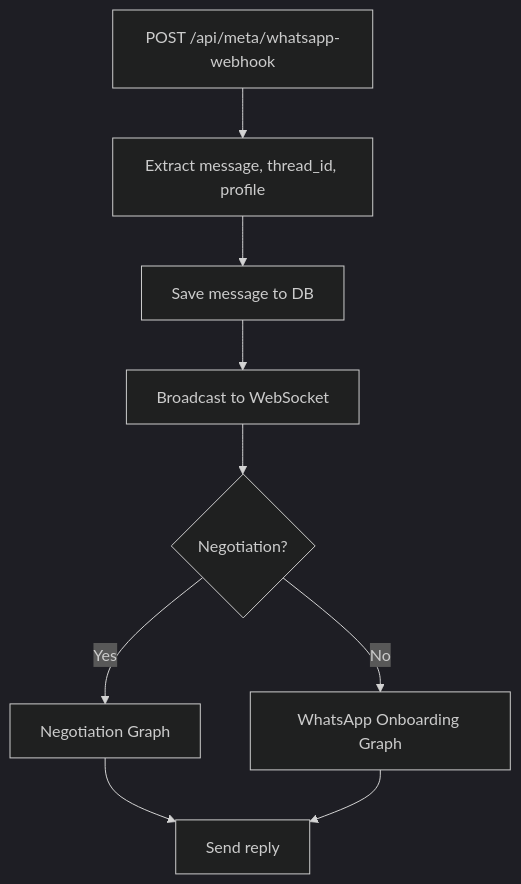
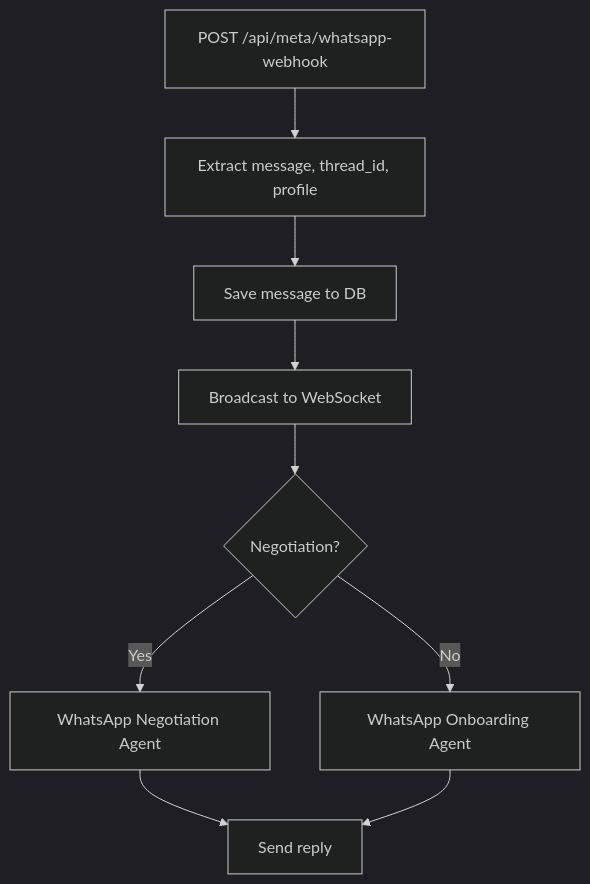
One commit to Muhammadsayyam317/ishout-backend changed the third of 7 diagrams in README.md. Above: the diagram before and after it, drawn with Mermaid (dark theme). The commit also changed other lines of this file, not shown here.

Commit message:
Enhance README with detailed AI agent descriptions, update flow diagrams, and clarify Meta integration endpoints for improved understanding of iShout Backend functionality.

````diff
--- a/README.md
+++ b/README.md
@@ -61,11 +80,11 @@
 ```mermaid
 flowchart TD
     A[POST /api/meta/whatsapp-webhook] --> B[Extract message, thread_id, profile]
     B --> C[Save message to DB]
     C --> D[Broadcast to WebSocket]
     D --> E{Negotiation?}
-    E -->|Yes| F[Negotiation Graph]
-    E -->|No| G[WhatsApp Onboarding Graph]
+    E -->|Yes| F[WhatsApp Negotiation Agent]
+    E -->|No| G[WhatsApp Onboarding Agent]
     F --> H[Send reply]
     G --> H
 ```
````
